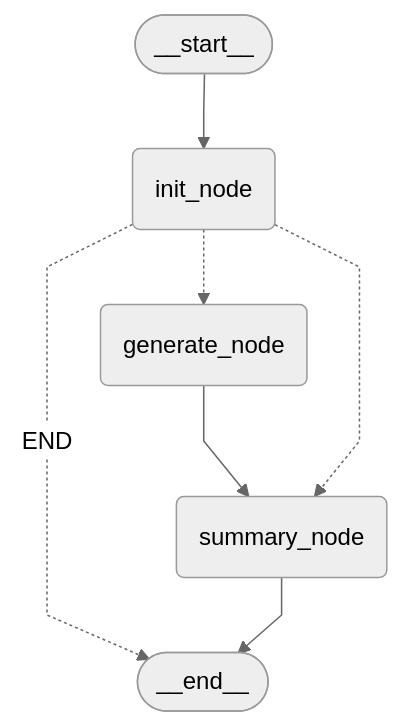
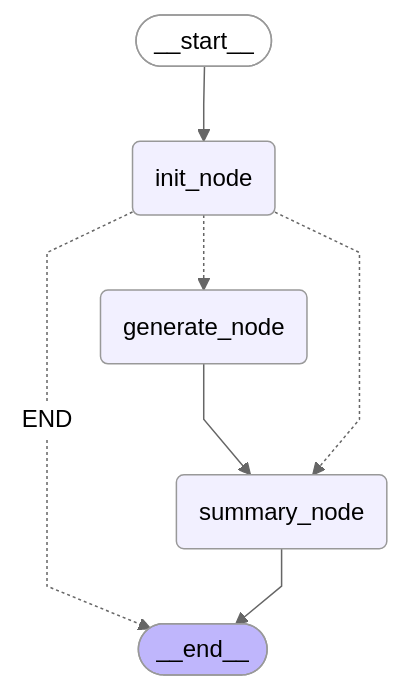
Before and after one commit to GigaGaiaWorld/nsai_master: the diagram in langda/history/langda_agent_simple_mermaid.mmd, drawn with Mermaid (neutral theme). The commit also changed 4273 other files, not shown here.

```diff
--- a/langda/history/langda_agent_simple_mermaid.mmd
+++ b/langda/history/langda_agent_simple_mermaid.mmd
@@ -1,17 +1,20 @@
 ---
 config:
   flowchart:
     curve: linear
 ---
 graph TD;
 	__start__([<p>__start__</p>]):::first
 	init_node(init_node)
 	generate_node(generate_node)
 	summary_node(summary_node)
 	__end__([<p>__end__</p>]):::last
 	__start__ --> init_node;
 	generate_node --> summary_node;
 	init_node -. &nbsp;END&nbsp; .-> __end__;
 	init_node -.-> generate_node;
 	init_node -.-> summary_node;
 	summary_node --> __end__;
+	classDef default fill:#f2f0ff,line-height:1.2
+	classDef first fill-opacity:0
+	classDef last fill:#bfb6fc
```
